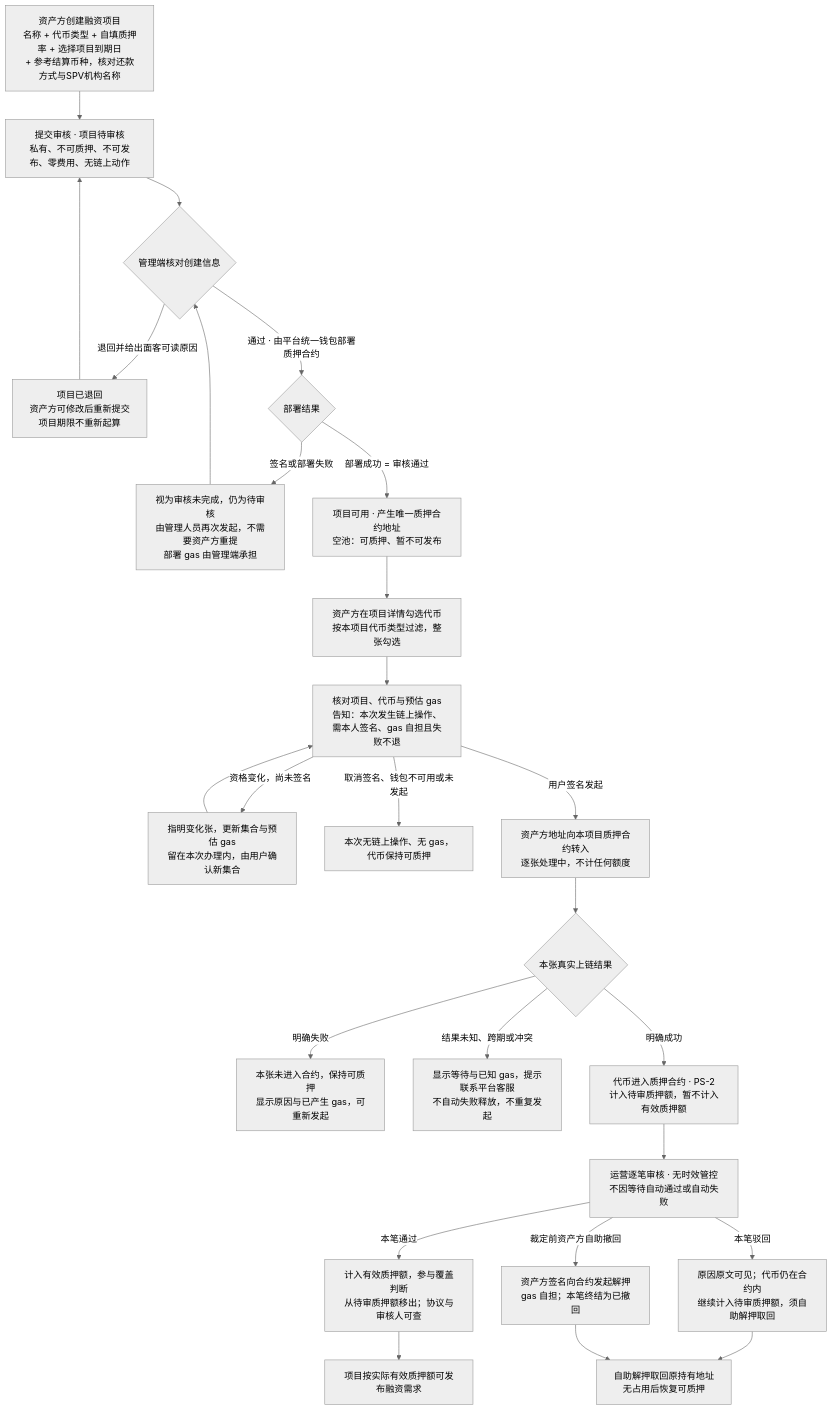
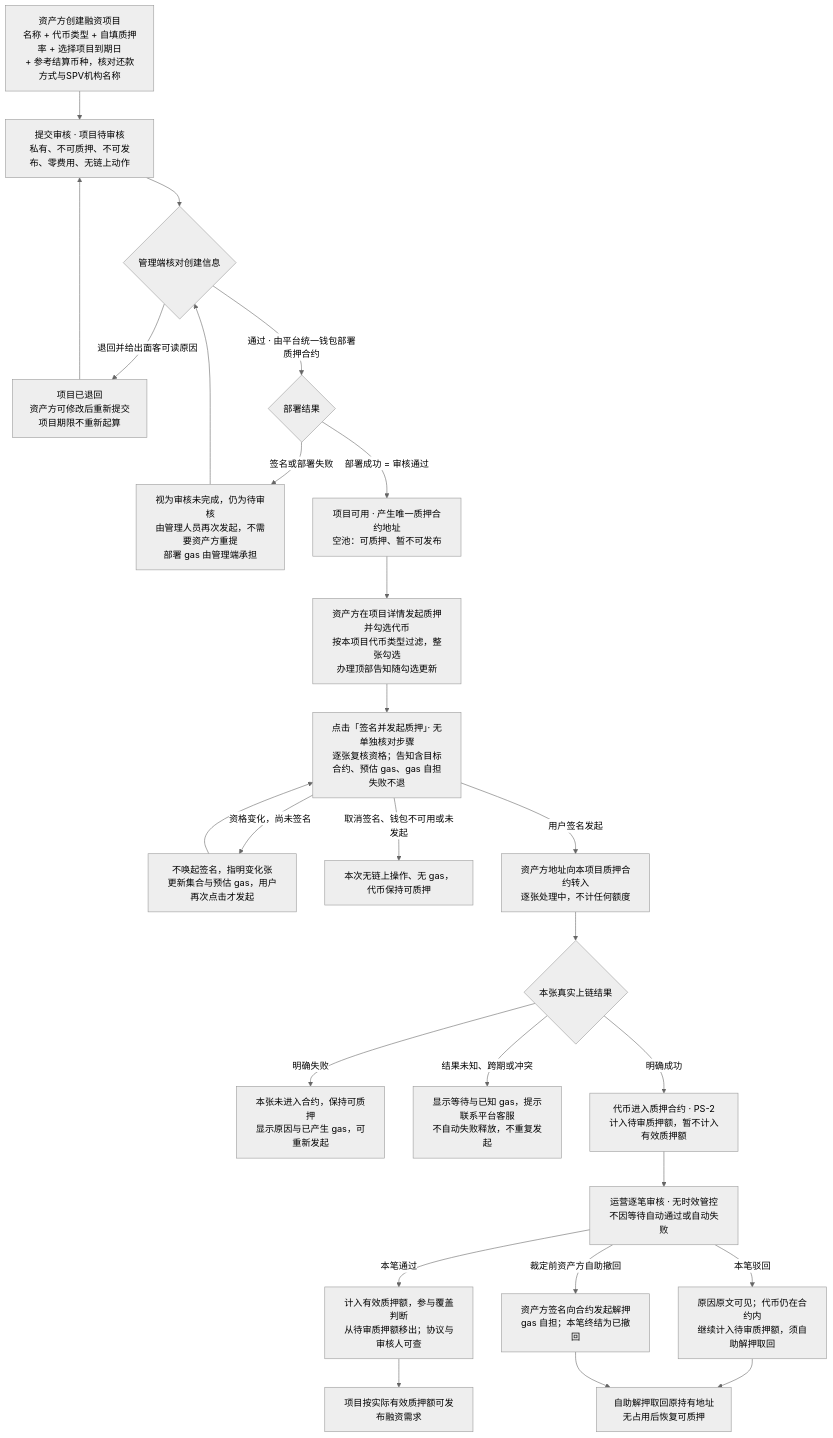
The first of 10 diagrams in lending-platform/PRD/面客端/05-借贷广场-融资需求与代币质押/02-融资需求与代币质押-流程图与状态机.md (wxblockchain/Chain-Financing), drawn with Mermaid (neutral theme) before and after one commit. The commit also changed other lines of this file and 2 other files, not shown here.

Commit message:
docs(WS-397): one-step "sign and pledge", review status in the token list, re-publish entry states
- D-LS-68: picking tokens and signing happen in one step; the action is
  "签名并发起质押" and opens the wallet directly. A single notice at the top
  carries the selection, target contract, gas and the rule that value counts
  only after review. An eligibility change still pauses before signing.
- D-LS-67: the asset holder has no pledge-review action. Review status and the
  token detail (review, on-chain facts, next step, history) live in the
  pledged-token list. The leftover checkbox from the old deposit-after-review
  chain is gone.
- D-LS-69: publish-entry states, including a new round right after the
  previous round's disbursement is confirmed.
- Flowchart, state label and notification landing aligned; AC-LS-163~165 added.

````diff
--- a/lending-platform/PRD/面客端/05-借贷广场-融资需求与代币质押/02-融资需求与代币质押-流程图与状态机.md
+++ b/lending-platform/PRD/面客端/05-借贷广场-融资需求与代币质押/02-融资需求与代币质押-流程图与状态机.md
@@ -32,28 +32,28 @@
 ```mermaid
 flowchart TD
   A0["资产方创建融资项目<br/>名称 + 代币类型 + 自填质押率 + 选择项目到期日<br/>+ 参考结算币种，核对还款方式与SPV机构名称"] --> A1["提交审核 · 项目待审核<br/>私有、不可质押、不可发布、零费用、无链上动作"]
   A1 --> A2{"管理端核对创建信息"}
   A2 -- "退回并给出面客可读原因" --> A3["项目已退回<br/>资产方可修改后重新提交<br/>项目期限不重新起算"]
   A3 --> A1
   A2 -- "通过 · 由平台统一钱包部署质押合约" --> A4{"部署结果"}
   A4 -- "签名或部署失败" --> A5["视为审核未完成，仍为待审核<br/>由管理人员再次发起，不需要资产方重提<br/>部署 gas 由管理端承担"]
   A5 --> A2
   A4 -- "部署成功 = 审核通过" --> A6["项目可用 · 产生唯一质押合约地址<br/>空池：可质押、暂不可发布"]
-  A6 --> A["资产方在项目详情勾选代币<br/>按本项目代币类型过滤，整张勾选"]
-  A --> H["核对项目、代币与预估 gas<br/>告知：本次发生链上操作、需本人签名、gas 自担且失败不退"]
-  H -- "资格变化，尚未签名" --> I["指明变化张，更新集合与预估 gas<br/>留在本次办理内，由用户确认新集合"]
+  A6 --> A["资产方在项目详情发起质押并勾选代币<br/>按本项目代币类型过滤，整张勾选<br/>办理顶部告知随勾选更新"]
+  A --> H["点击「签名并发起质押」· 无单独核对步骤<br/>逐张复核资格；告知含目标合约、预估 gas、gas 自担失败不退"]
+  H -- "资格变化，尚未签名" --> I["不唤起签名，指明变化张<br/>更新集合与预估 gas，用户再次点击才发起"]
   I --> H
   H -- "取消签名、钱包不可用或未发起" --> J["本次无链上操作、无 gas，代币保持可质押"]
   H -- "用户签名发起" --> K["资产方地址向本项目质押合约转入<br/>逐张处理中，不计任何额度"]
   K --> L{"本张真实上链结果"}
   L -- "明确失败" --> N["本张未进入合约，保持可质押<br/>显示原因与已产生 gas，可重新发起"]
   L -- "结果未知、跨期或冲突" --> O["显示等待与已知 gas，提示联系平台客服<br/>不自动失败释放，不重复发起"]
   L -- "明确成功" --> M["代币进入质押合约 · PS-2<br/>计入待审质押额，暂不计入有效质押额"]
   M --> C["运营逐笔审核 · 无时效管控<br/>不因等待自动通过或自动失败"]
   C -- "本笔通过" --> P["计入有效质押额，参与覆盖判断<br/>从待审质押额移出；协议与审核人可查"]
   C -- "本笔驳回" --> Q["原因原文可见；代币仍在合约内<br/>继续计入待审质押额，须自助解押取回"]
   C -- "裁定前资产方自助撤回" --> R["资产方签名向合约发起解押<br/>gas 自担；本笔终结为已撤回"]
   Q --> S["自助解押取回原持有地址<br/>无占用后恢复可质押"]
   R --> S
   P --> T["项目按实际有效质押额可发布融资需求"]
 ```
````
